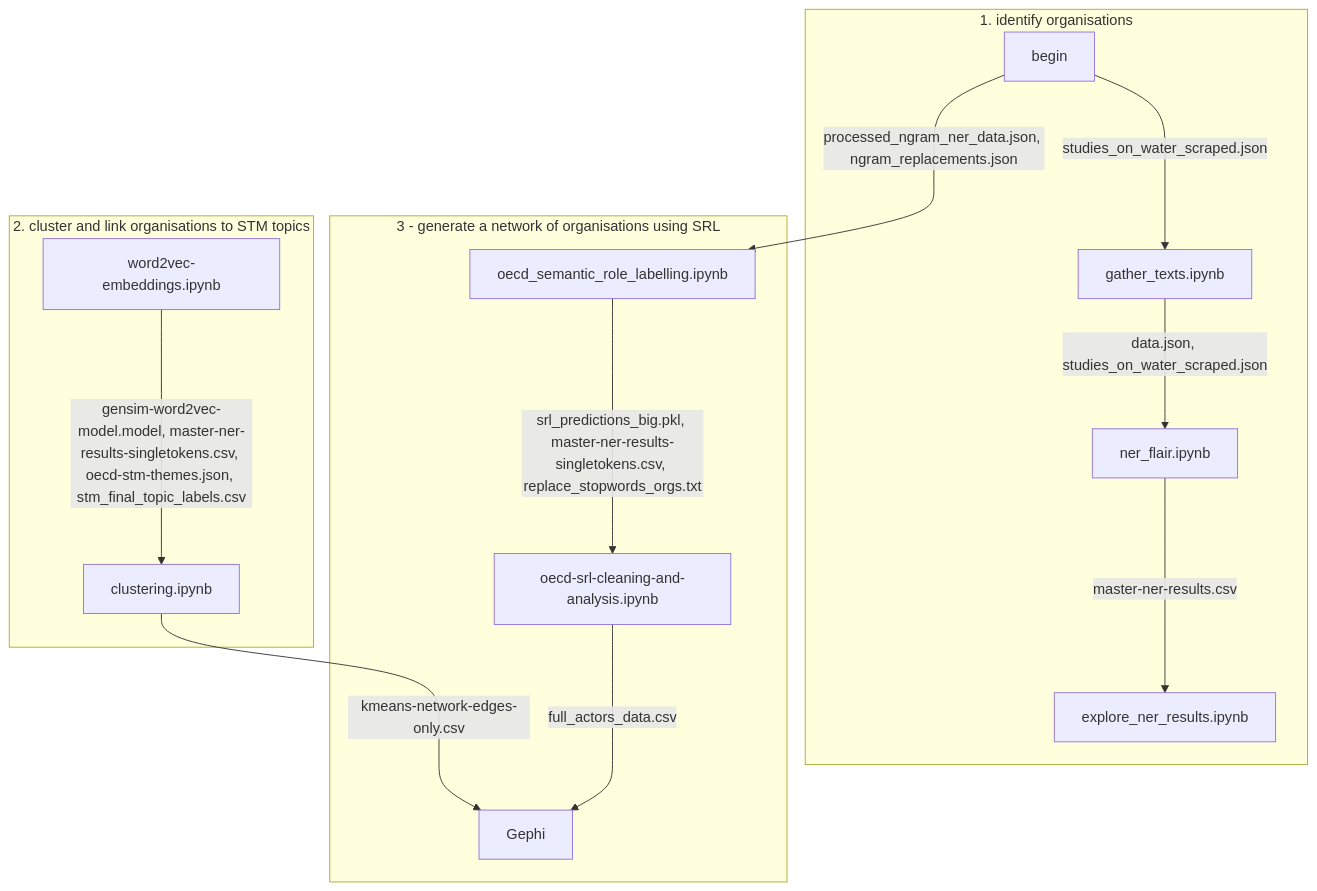
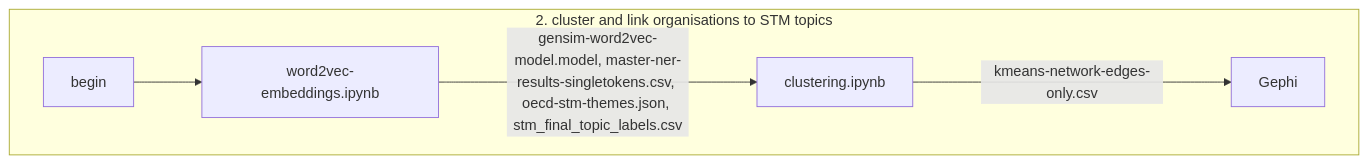
The second of 3 diagrams in README.md (disaster-capitalism/named-entities), drawn with Mermaid before and after one commit. The commit also changed other lines of this file, not shown here.

````diff
--- a/README.md
+++ b/README.md
@@ -98,13 +105,6 @@
 ```mermaid
 flowchart TB
-    subgraph "1. identify organisations"
-    begin -- studies_on_water_scraped.json ---> gather_texts.ipynb -- data.json, studies_on_water_scraped.json --> ner_flair.ipynb -- master-ner-results.csv ---> explore_ner_results.ipynb
+    subgraph "2. cluster and link organisations to STM topics"
+    begin --> word2vec-embeddings.ipynb -- gensim-word2vec-model.model, master-ner-results-singletokens.csv, oecd-stm-themes.json, stm_final_topic_labels.csv ---> clustering.ipynb -- kmeans-network-edges-only.csv ---> Gephi
     end
-    subgraph "3 - generate a network of organisations using SRL"
-begin -- processed_ngram_ner_data.json, ngram_replacements.json ---> oecd_semantic_role_labelling.ipynb -- srl_predictions_big.pkl, master-ner-results-singletokens.csv, replace_stopwords_orgs.txt ---> oecd-srl-cleaning-and-analysis.ipynb -- full_actors_data.csv ---> Gephi
-    end
-    subgraph "2. cluster and link organisations to STM topics"
-    word2vec-embeddings.ipynb -- gensim-word2vec-model.model, master-ner-results-singletokens.csv, oecd-stm-themes.json, stm_final_topic_labels.csv ---> clustering.ipynb -- kmeans-network-edges-only.csv ---> Gephi
-    end
-
 ```
````
